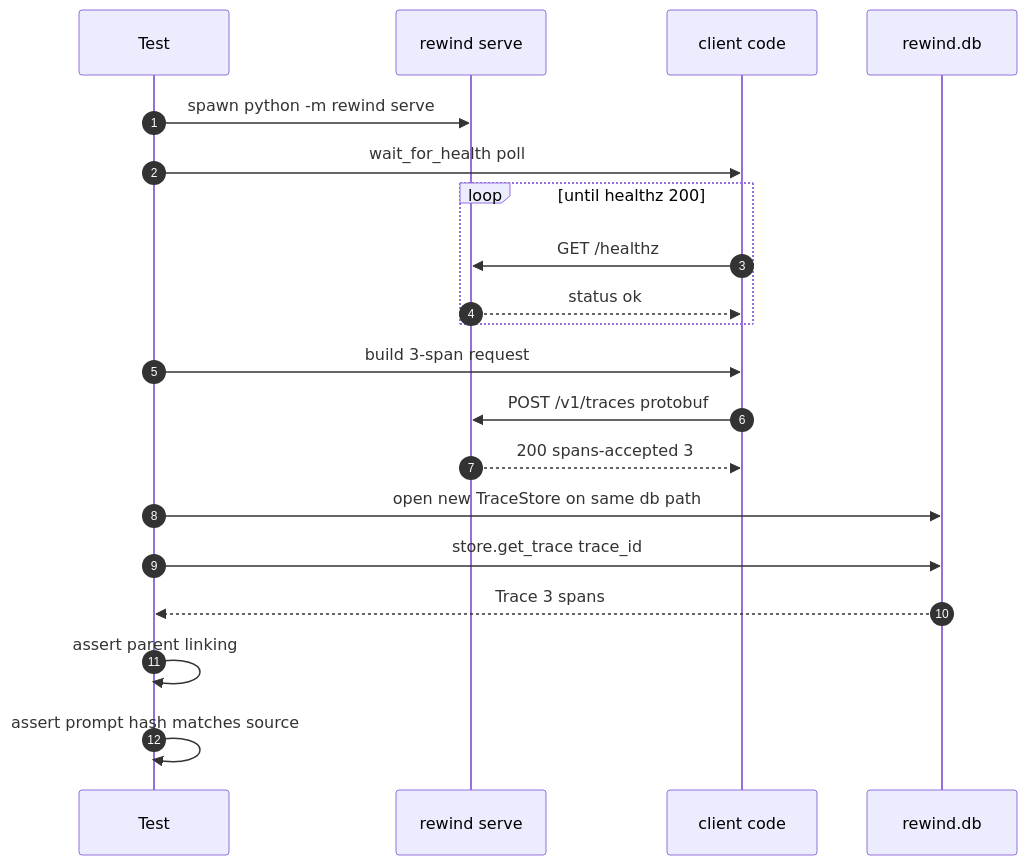
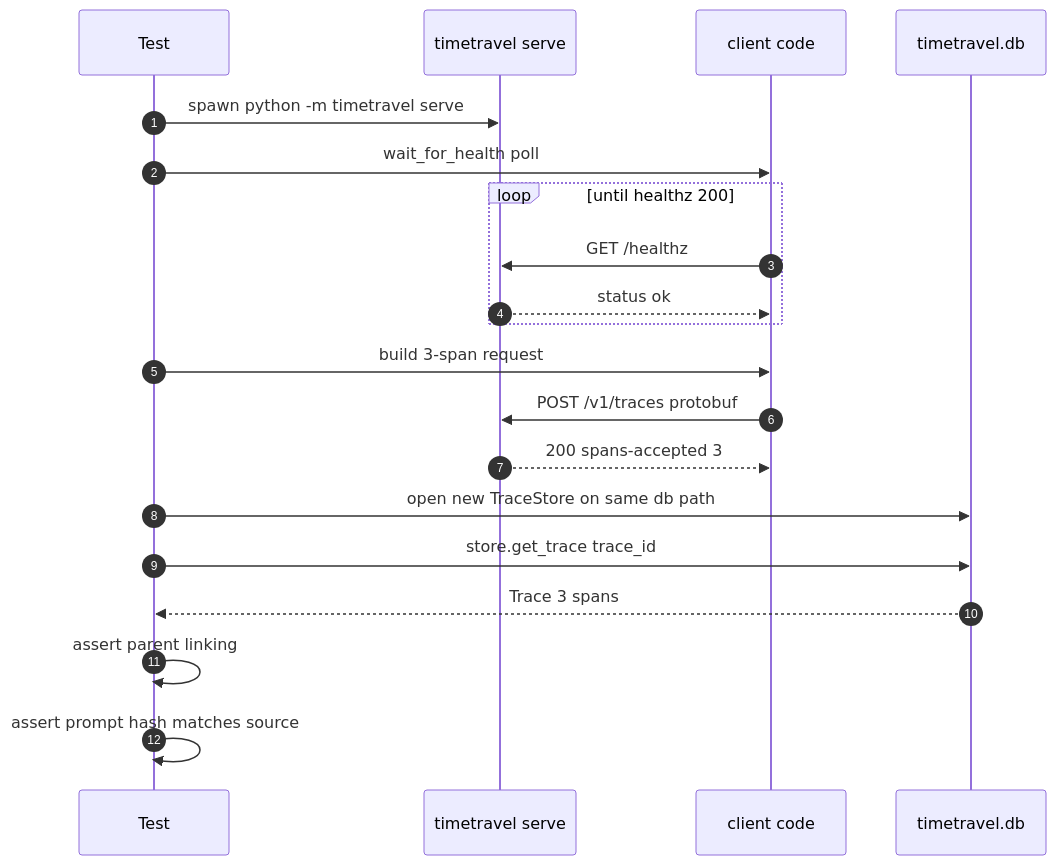
One commit to akshay-mp/Rewind changed the third of 3 diagrams in docs/phases/phase-1.md. Above: the diagram before and after it, drawn with Mermaid. The commit also changed other lines of this file and 244 other files, not shown here.

````diff
--- a/docs/phases/phase-1.md
+++ b/docs/phases/phase-1.md
@@ -182,22 +182,22 @@
 ```mermaid
 sequenceDiagram
     autonumber
     participant T as Test
-    participant S as rewind serve
+    participant S as timetravel serve
     participant C as client code
-    participant D as rewind.db
-    T->>S: spawn python -m rewind serve
+    participant D as timetravel.db
+    T->>S: spawn python -m timetravel serve
     T->>C: wait_for_health poll
     loop until healthz 200
         C->>S: GET /healthz
         S-->>C: status ok
     end
     T->>C: build 3-span request
     C->>S: POST /v1/traces protobuf
     S-->>C: 200 spans-accepted 3
     T->>D: open new TraceStore on same db path
     T->>D: store.get_trace trace_id
     D-->>T: Trace 3 spans
     T->>T: assert parent linking
     T->>T: assert prompt hash matches source
 ```
````
